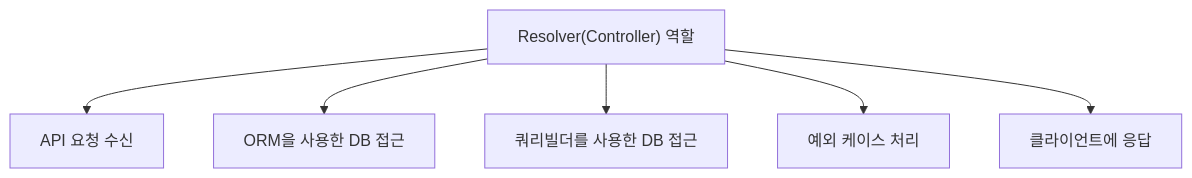
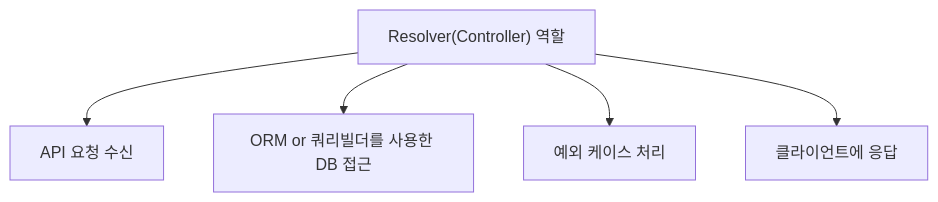
One commit to shp7408/career-wbs changed the first of 5 diagrams in WBS-shp7408-02.md. Above: the diagram before and after it, drawn with Mermaid. The commit also changed other lines of this file and 1 other file, not shown here.

````diff
--- a/WBS-shp7408-02.md
+++ b/WBS-shp7408-02.md
@@ -39,10 +42,9 @@
 ```mermaid
 flowchart TD
     A["Resolver(Controller) 역할"] --> B["API 요청 수신"]
-    A --> C["ORM을 사용한 DB 접근"]
-    A --> D["쿼리빌더를 사용한 DB 접근"]
+    A --> C["ORM or 쿼리빌더를 사용한 DB 접근"]
     A --> E["예외 케이스 처리"]
     A --> F["클라이언트에 응답"]
 
     class A,B,C,D,E,F,G,H default;
 ```
````
